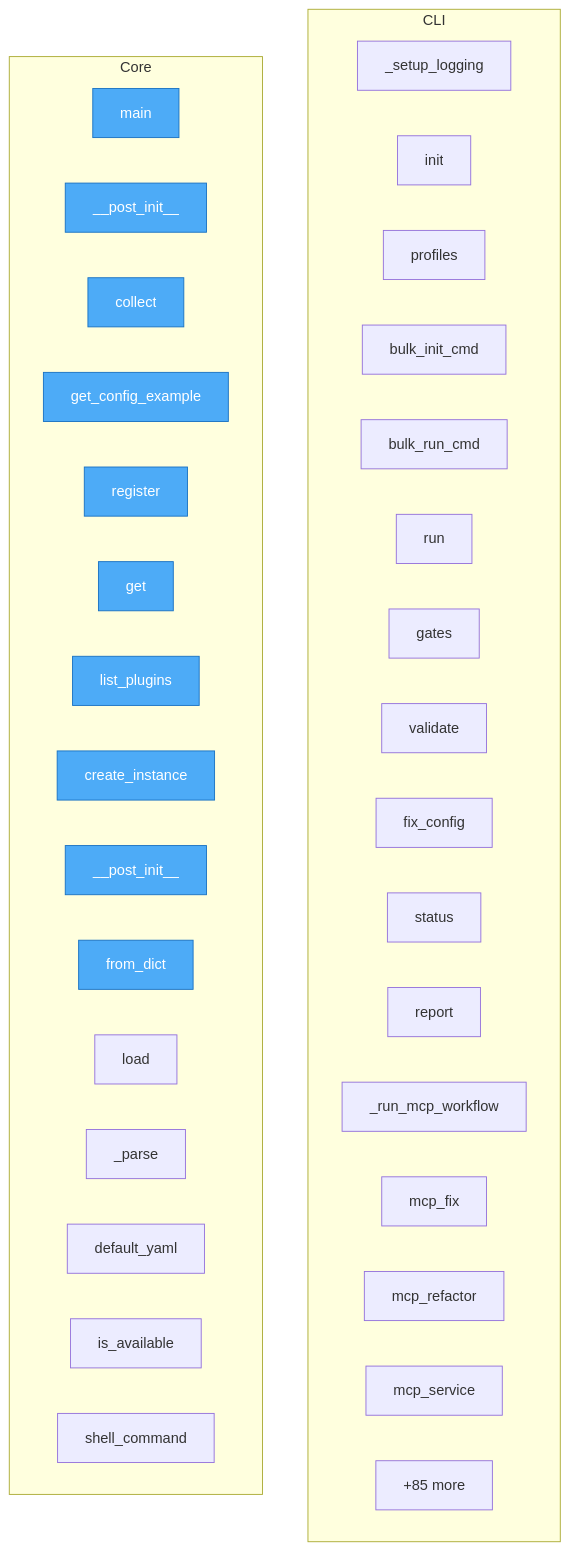
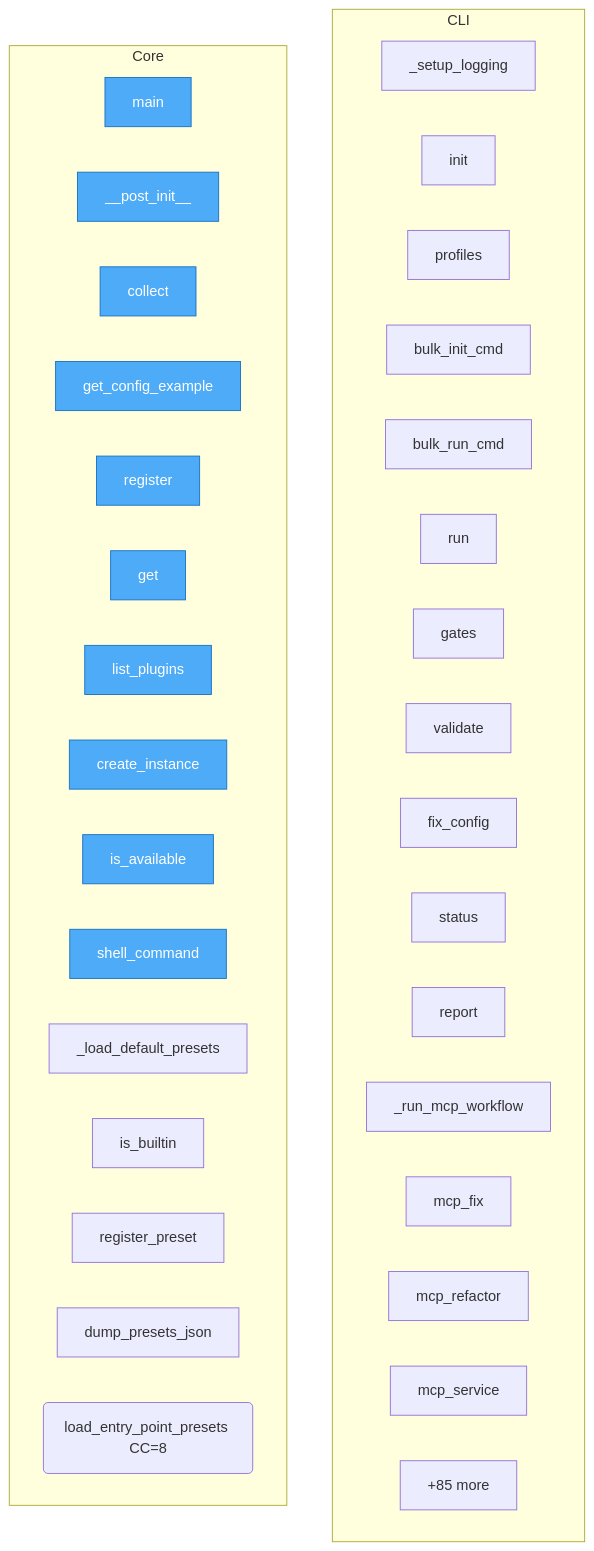
One commit to semcod/pyqual changed the diagram in project/flow.mmd. Above: the diagram before and after it, drawn with Mermaid. The commit also changed 17 other files, not shown here.

```diff
--- a/project/flow.mmd
+++ b/project/flow.mmd
@@ -1,44 +1,44 @@
 flowchart TD
 
     %% Entry points (blue)
     classDef entry fill:#4dabf7,stroke:#1971c2,color:#fff
 
     subgraph CLI
         pyqual__cli___setup_logging["_setup_logging"]
         pyqual__cli__init["init"]
         pyqual__cli__profiles["profiles"]
         pyqual__cli__bulk_init_cmd["bulk_init_cmd"]
         pyqual__cli__bulk_run_cmd["bulk_run_cmd"]
         pyqual__cli__run["run"]
         pyqual__cli__gates["gates"]
         pyqual__cli__validate["validate"]
         pyqual__cli__fix_config["fix_config"]
         pyqual__cli__status["status"]
         pyqual__cli__report["report"]
         pyqual__cli___run_mcp_workflow["_run_mcp_workflow"]
         pyqual__cli__mcp_fix["mcp_fix"]
         pyqual__cli__mcp_refactor["mcp_refactor"]
         pyqual__cli__mcp_service["mcp_service"]
         ...["+33 more"]
     end
 
     subgraph Core
         run_analysis__main["main"]
         pyqual__plugins__PluginMetadata____post_init__["__post_init__"]
         pyqual__plugins__MetricCollector__collect["collect"]
         pyqual__plugins__MetricCollector__get_config_example["get_config_example"]
         pyqual__plugins__PluginRegistry__register["register"]
         pyqual__plugins__PluginRegistry__get["get"]
         pyqual__plugins__PluginRegistry__list_plugins["list_plugins"]
         pyqual__plugins__PluginRegistry__create_instance["create_instance"]
-        pyqual__config__StageConfig____post_init__["__post_init__"]
-        pyqual__config__GateConfig__from_dict["from_dict"]
-        pyqual__config__PyqualConfig__load["load"]
-        pyqual__config__PyqualConfig___parse["_parse"]
-        pyqual__config__PyqualConfig__default_yaml["default_yaml"]
         pyqual__tools__ToolPreset__is_available["is_available"]
         pyqual__tools__ToolPreset__shell_command["shell_command"]
+        pyqual__tools___load_default_presets["_load_default_presets"]
+        pyqual__tools__is_builtin["is_builtin"]
+        pyqual__tools__register_preset["register_preset"]
+        pyqual__tools__dump_presets_json["dump_presets_json"]
+        pyqual__tools__load_entry_point_presets("load_entry_point_presets CC=8")
         ...["+85 more"]
     end
 
-    class run_analysis__main,pyqual__plugins__PluginMetadata____post_init__,pyqual__plugins__MetricCollector__collect,pyqual__plugins__MetricCollector__get_config_example,pyqual__plugins__PluginRegistry__register,pyqual__plugins__PluginRegistry__get,pyqual__plugins__PluginRegistry__list_plugins,pyqual__plugins__PluginRegistry__create_instance,pyqual__config__StageConfig____post_init__,pyqual__config__GateConfig__from_dict entry
+    class run_analysis__main,pyqual__plugins__PluginMetadata____post_init__,pyqual__plugins__MetricCollector__collect,pyqual__plugins__MetricCollector__get_config_example,pyqual__plugins__PluginRegistry__register,pyqual__plugins__PluginRegistry__get,pyqual__plugins__PluginRegistry__list_plugins,pyqual__plugins__PluginRegistry__create_instance,pyqual__tools__ToolPreset__is_available,pyqual__tools__ToolPreset__shell_command entry
```
